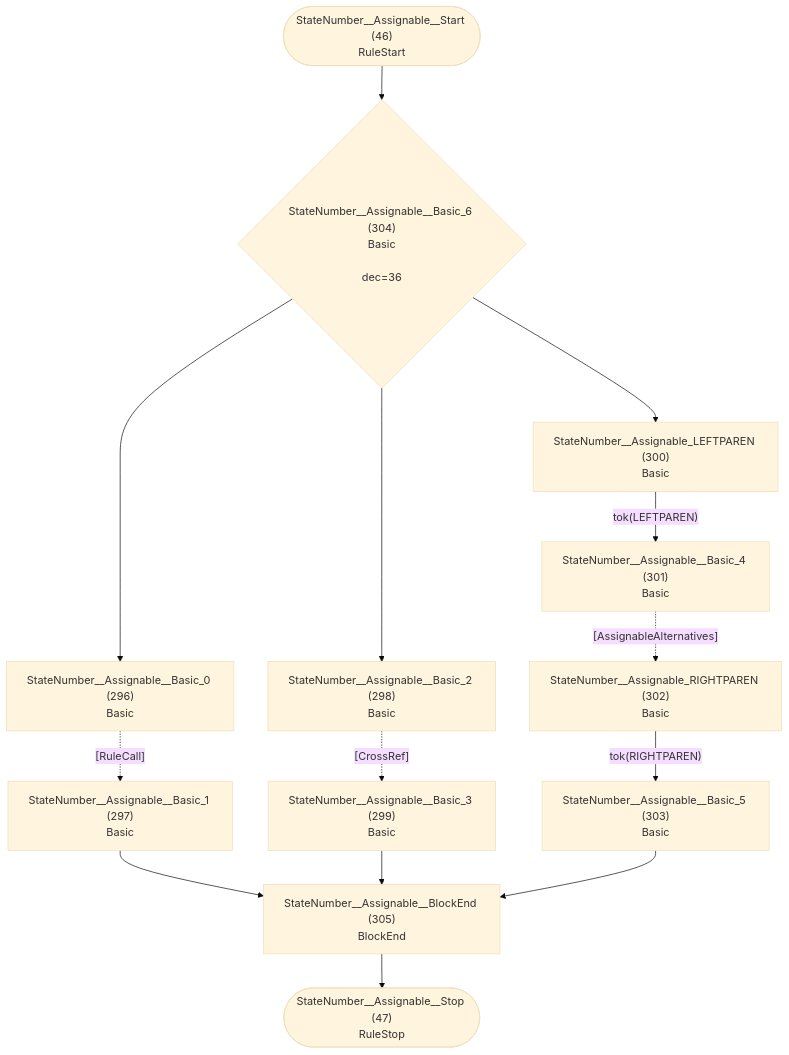
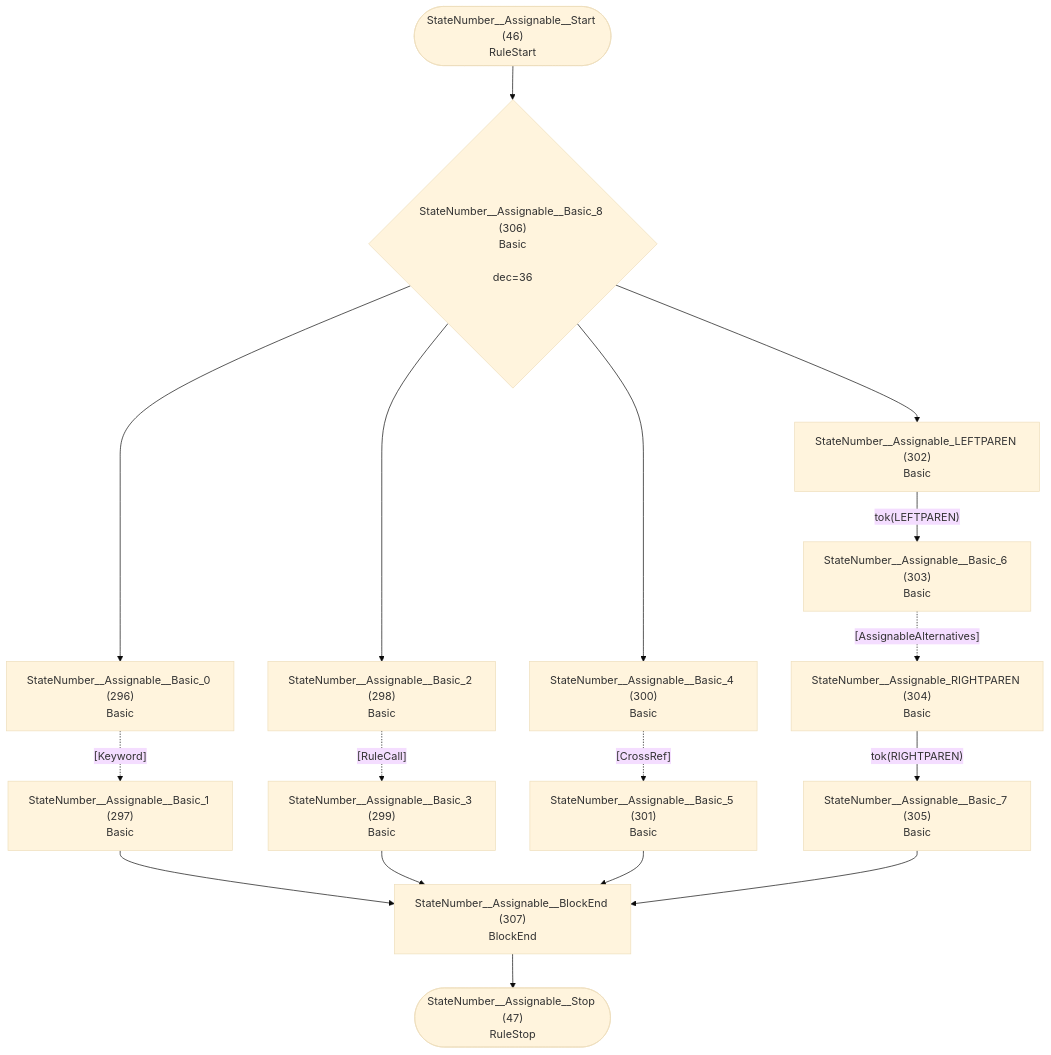
Diagram 24 of 33 in internal/grammar/atn.md (TypeFox/fastbelt), drawn with Mermaid (base theme) before and after one commit. The commit also changed other lines of this file and 18 other files, not shown here.

````diff
--- a/internal/grammar/atn.md
+++ b/internal/grammar/atn.md
@@ -745,29 +745,34 @@
 ```mermaid
 flowchart TD
     q46(["StateNumber__Assignable__Start (46)<br/>RuleStart"])
     q47(["StateNumber__Assignable__Stop (47)<br/>RuleStop"])
     q296["StateNumber__Assignable__Basic_0 (296)<br/>Basic<br/>"]
     q297["StateNumber__Assignable__Basic_1 (297)<br/>Basic<br/>"]
     q298["StateNumber__Assignable__Basic_2 (298)<br/>Basic<br/>"]
     q299["StateNumber__Assignable__Basic_3 (299)<br/>Basic<br/>"]
-    q300["StateNumber__Assignable_LEFTPAREN (300)<br/>Basic<br/>"]
-    q301["StateNumber__Assignable__Basic_4 (301)<br/>Basic<br/>"]
-    q302["StateNumber__Assignable_RIGHTPAREN (302)<br/>Basic<br/>"]
-    q303["StateNumber__Assignable__Basic_5 (303)<br/>Basic<br/>"]
-    q304{"StateNumber__Assignable__Basic_6 (304)<br/>Basic<br/><br/>dec=36"}
-    q305["StateNumber__Assignable__BlockEnd (305)<br/>BlockEnd<br/>"]
+    q300["StateNumber__Assignable__Basic_4 (300)<br/>Basic<br/>"]
+    q301["StateNumber__Assignable__Basic_5 (301)<br/>Basic<br/>"]
+    q302["StateNumber__Assignable_LEFTPAREN (302)<br/>Basic<br/>"]
+    q303["StateNumber__Assignable__Basic_6 (303)<br/>Basic<br/>"]
+    q304["StateNumber__Assignable_RIGHTPAREN (304)<br/>Basic<br/>"]
+    q305["StateNumber__Assignable__Basic_7 (305)<br/>Basic<br/>"]
+    q306{"StateNumber__Assignable__Basic_8 (306)<br/>Basic<br/><br/>dec=36"}
+    q307["StateNumber__Assignable__BlockEnd (307)<br/>BlockEnd<br/>"]
 
-    q46 --> q304
-    q296 -.->|"[RuleCall]"| q297
-    q297 --> q305
-    q298 -.->|"[CrossRef]"| q299
-    q299 --> q305
-    q300 -->|"tok(LEFTPAREN)"| q301
-    q301 -.->|"[AssignableAlternatives]"| q302
-    q302 -->|"tok(RIGHTPAREN)"| q303
-    q303 --> q305
-    q304 --> q296
-    q304 --> q298
-    q304 --> q300
-    q305 --> q47
+    q46 --> q306
+    q296 -.->|"[Keyword]"| q297
+    q297 --> q307
+    q298 -.->|"[RuleCall]"| q299
+    q299 --> q307
+    q300 -.->|"[CrossRef]"| q301
+    q301 --> q307
+    q302 -->|"tok(LEFTPAREN)"| q303
+    q303 -.->|"[AssignableAlternatives]"| q304
+    q304 -->|"tok(RIGHTPAREN)"| q305
+    q305 --> q307
+    q306 --> q296
+    q306 --> q298
+    q306 --> q300
+    q306 --> q302
+    q307 --> q47
 ```
````
